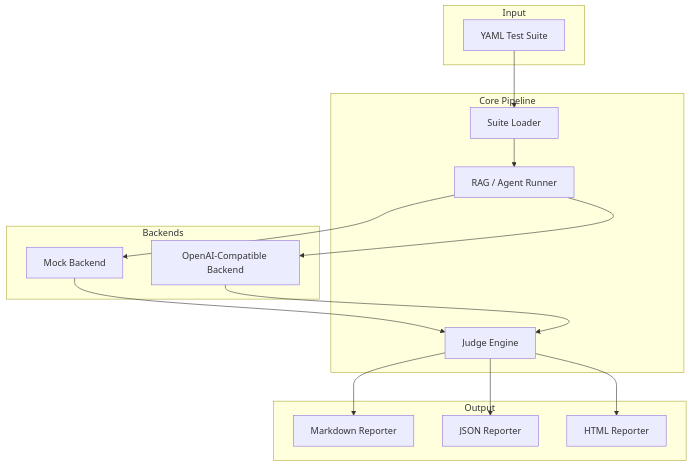
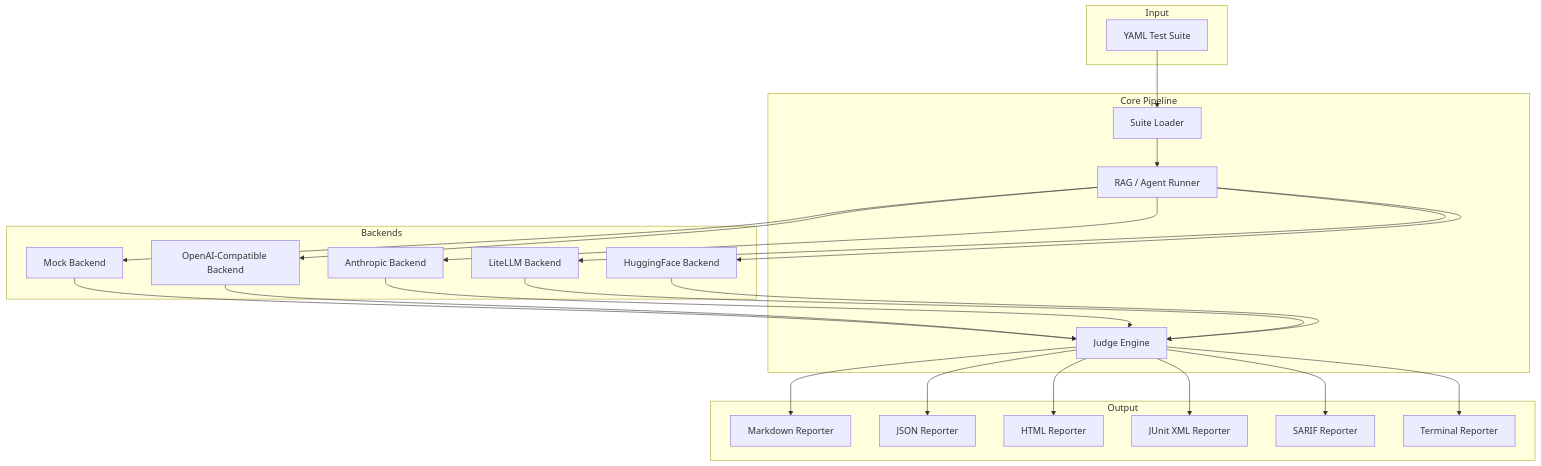
The diagram in docs/ARCHITECTURE.md (FishRaposo/evalforge), drawn with Mermaid before and after one commit. The commit also changed other lines of this file and 77 other files, not shown here.

````diff
--- a/docs/ARCHITECTURE.md
+++ b/docs/ARCHITECTURE.md
@@ -7,33 +7,48 @@
 ```mermaid
 graph TB
     subgraph Input
         YAML[YAML Test Suite]
     end
 
     subgraph Core Pipeline
         Loader[Suite Loader]
         Runner[RAG / Agent Runner]
         Judge[Judge Engine]
     end
 
     subgraph Backends
         Mock[Mock Backend]
         OpenAI[OpenAI-Compatible Backend]
+        Anthropic[Anthropic Backend]
+        LiteLLM[LiteLLM Backend]
+        HF[HuggingFace Backend]
     end
 
     subgraph Output
         MD[Markdown Reporter]
         JSON[JSON Reporter]
         HTML[HTML Reporter]
+        JUnit[JUnit XML Reporter]
+        SARIF[SARIF Reporter]
+        Term[Terminal Reporter]
     end
 
     YAML --> Loader
     Loader --> Runner
     Runner --> Mock
     Runner --> OpenAI
+    Runner --> Anthropic
+    Runner --> LiteLLM
+    Runner --> HF
     Mock --> Judge
     OpenAI --> Judge
+    Anthropic --> Judge
+    LiteLLM --> Judge
+    HF --> Judge
     Judge --> MD
     Judge --> JSON
     Judge --> HTML
+    Judge --> JUnit
+    Judge --> SARIF
+    Judge --> Term
 ```
````
